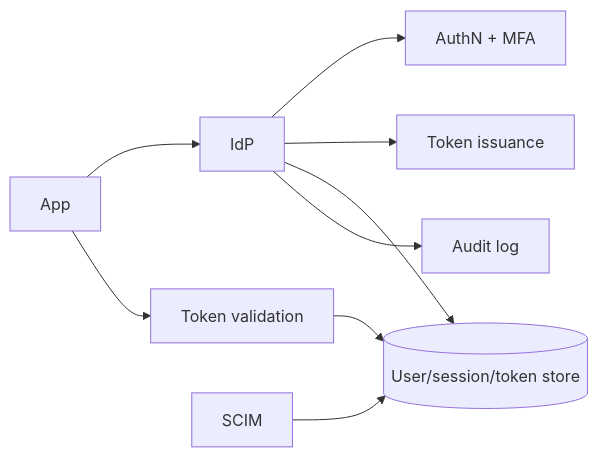
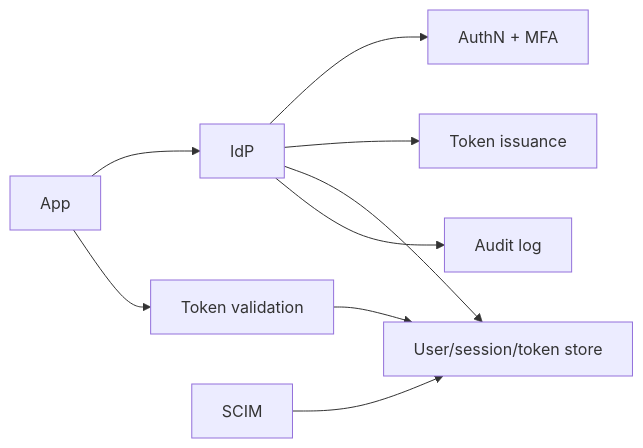
One commit to RIT-MESH/system-design-mastery changed the first of 4 diagrams in case-studies/advanced/iam-platform.md. Above: the diagram before and after it, drawn with Mermaid. The commit also changed 139 other files, not shown here.

First line of the commit message:
Fix Mermaid parse errors: replace parentheses in node labels across 140 files

````diff
--- a/case-studies/advanced/iam-platform.md
+++ b/case-studies/advanced/iam-platform.md
@@ -55,11 +55,11 @@
 ```mermaid
 %% created-for: system-design-mastery
 flowchart LR
   App --> IdP[IdP]
   IdP --> AuthN[AuthN + MFA]
   IdP --> Token[Token issuance]
-  IdP --> Store[(User/session/token store)]
+  IdP --> Store[User/session/token store]
   App --> Val[Token validation] --> Store
   IdP --> Audit[Audit log]
   SCIM[SCIM] --> Store
 ```
````
